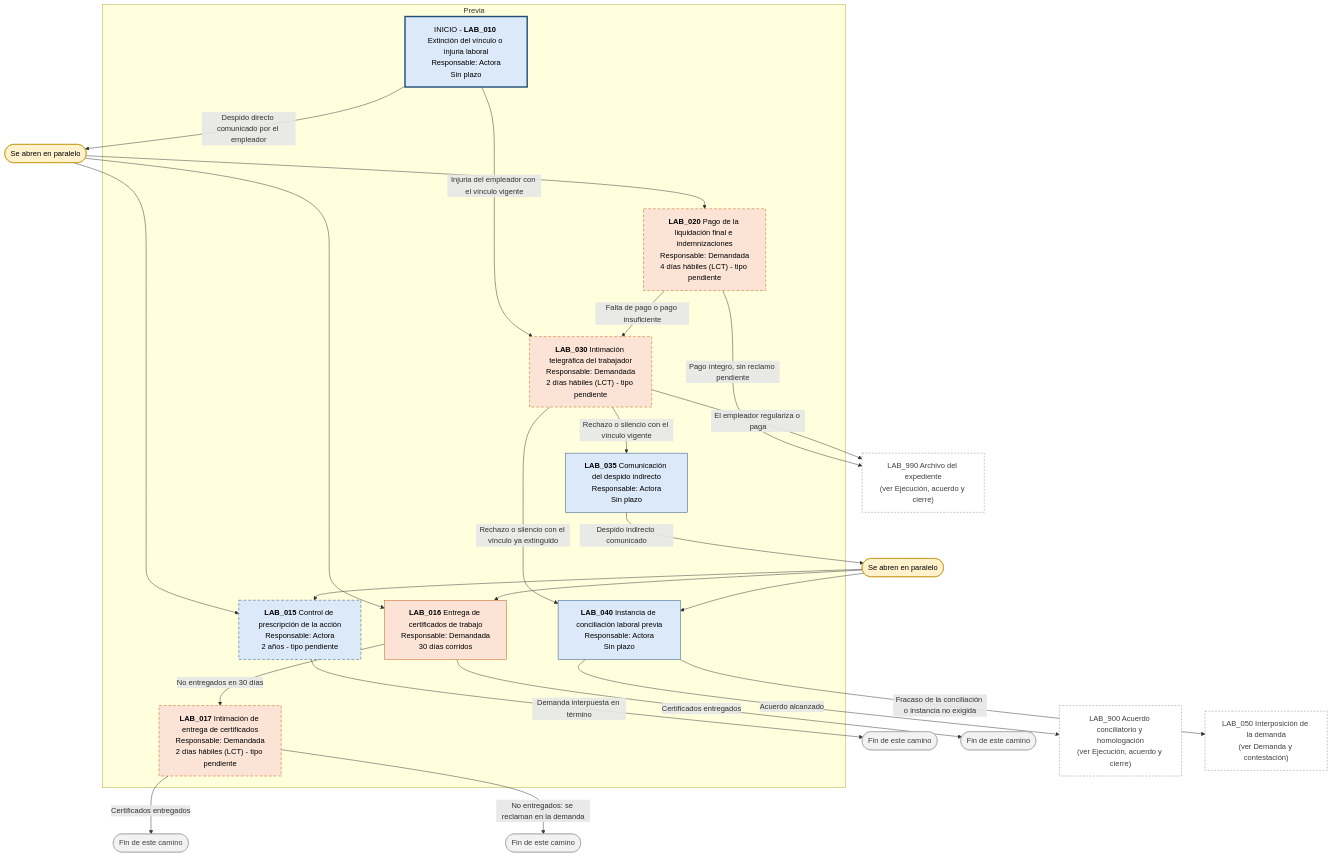
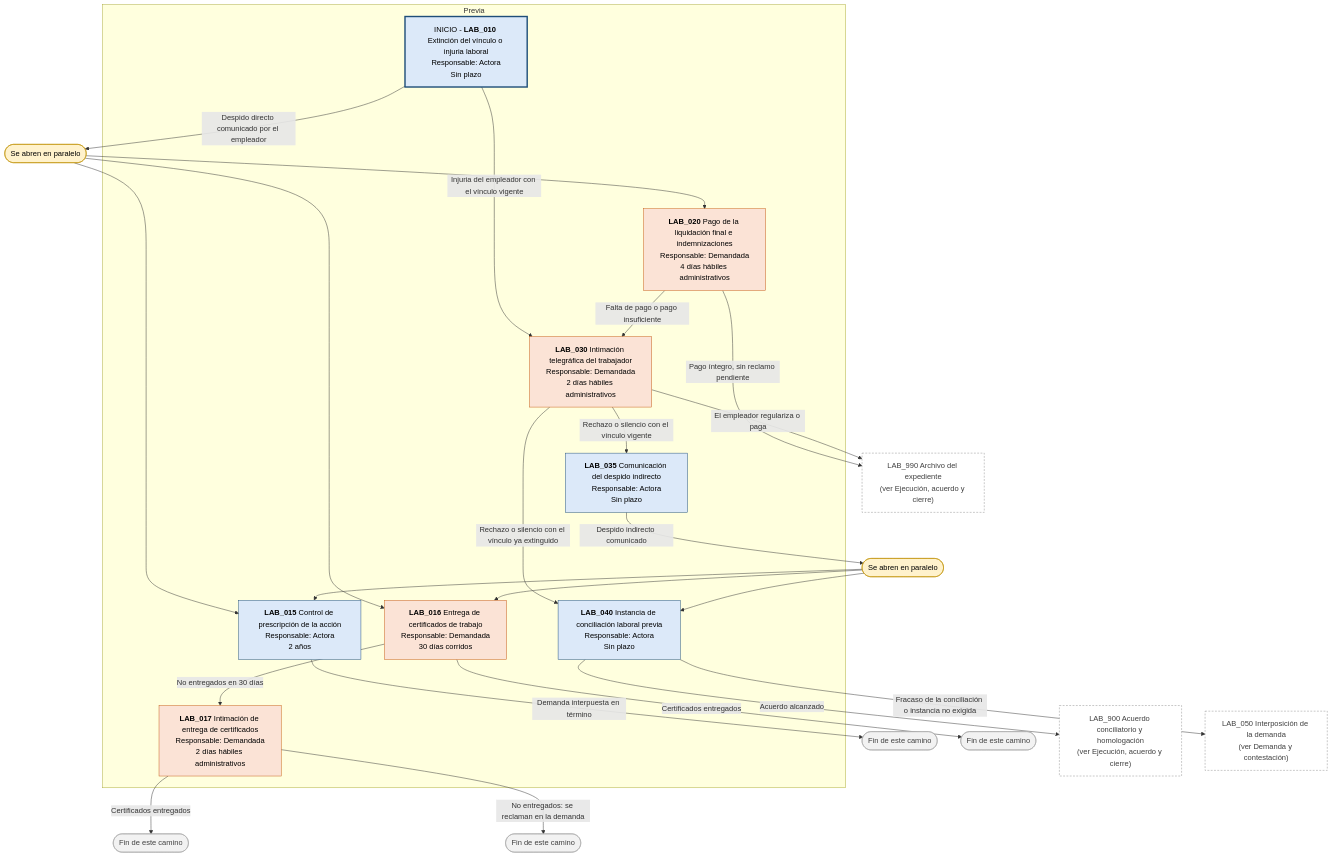
One commit to GerardoSantamaria/doc-legal-practice-management-guide changed the second of 6 diagrams in diagrama_flujo_laboral_pba_ley_11653.md. Above: the diagram before and after it, drawn with Mermaid. The commit also changed other lines of this file and 25 other files, not shown here.

Commit message:
Cierra decisiones pendientes de producto, arquitectura y cumplimiento; agrega el backlog de historias de usuario y el modelado de amenazas; y actualiza el motor de plazos, la UI/UX, la matriz y el diagrama del flujo laboral.

````diff
--- a/diagrama_flujo_laboral_pba_ley_11653.md
+++ b/diagrama_flujo_laboral_pba_ley_11653.md
@@ -52,55 +51,51 @@
 ```mermaid
 flowchart TD
   subgraph F_0["Previa"]
     LAB_010["INICIO - <b>LAB_010</b> Extinción del vínculo o injuria laboral<br/>Responsable: Actora<br/>Sin plazo"]:::actora
-    LAB_015["<b>LAB_015</b> Control de prescripción de la acción<br/>Responsable: Actora<br/>2 años - tipo pendiente"]:::actora
+    LAB_015["<b>LAB_015</b> Control de prescripción de la acción<br/>Responsable: Actora<br/>2 años"]:::actora
     LAB_016["<b>LAB_016</b> Entrega de certificados de trabajo<br/>Responsable: Demandada<br/>30 días corridos"]:::demandada
-    LAB_017["<b>LAB_017</b> Intimación de entrega de certificados<br/>Responsable: Demandada<br/>2 días hábiles (LCT) - tipo pendiente"]:::demandada
-    LAB_020["<b>LAB_020</b> Pago de la liquidación final e indemnizaciones<br/>Responsable: Demandada<br/>4 días hábiles (LCT) - tipo pendiente"]:::demandada
-    LAB_030["<b>LAB_030</b> Intimación telegráfica del trabajador<br/>Responsable: Demandada<br/>2 días hábiles (LCT) - tipo pendiente"]:::demandada
+    LAB_017["<b>LAB_017</b> Intimación de entrega de certificados<br/>Responsable: Demandada<br/>2 días hábiles administrativos"]:::demandada
+    LAB_020["<b>LAB_020</b> Pago de la liquidación final e indemnizaciones<br/>Responsable: Demandada<br/>4 días hábiles administrativos"]:::demandada
+    LAB_030["<b>LAB_030</b> Intimación telegráfica del trabajador<br/>Responsable: Demandada<br/>2 días hábiles administrativos"]:::demandada
     LAB_035["<b>LAB_035</b> Comunicación del despido indirecto<br/>Responsable: Actora<br/>Sin plazo"]:::actora
     LAB_040["<b>LAB_040</b> Instancia de conciliación laboral previa<br/>Responsable: Actora<br/>Sin plazo"]:::actora
   end
   P_LAB_010_1(["Se abren en paralelo"]):::paralelo
   LAB_010 -->|"Despido directo comunicado por el empleador"| P_LAB_010_1
   P_LAB_010_1 --> LAB_015
   P_LAB_010_1 --> LAB_016
   P_LAB_010_1 --> LAB_020
   LAB_010 -->|"Injuria del empleador con el vínculo vigente"| LAB_030
   FIN_LAB_015_1(["Fin de este camino"]):::fin
   LAB_015 -->|"Demanda interpuesta en término"| FIN_LAB_015_1
   FIN_LAB_016_1(["Fin de este camino"]):::fin
   LAB_016 -->|"Certificados entregados"| FIN_LAB_016_1
   LAB_016 -->|"No entregados en 30 días"| LAB_017
   FIN_LAB_017_1(["Fin de este camino"]):::fin
   LAB_017 -->|"Certificados entregados"| FIN_LAB_017_1
   FIN_LAB_017_2(["Fin de este camino"]):::fin
   LAB_017 -->|"No entregados: se reclaman en la demanda"| FIN_LAB_017_2
   EXT_LAB_990_destino["LAB_990 Archivo del expediente<br/>(ver Ejecución, acuerdo y cierre)"]:::externo
   LAB_020 -->|"Pago íntegro, sin reclamo pendiente"| EXT_LAB_990_destino
   LAB_020 -->|"Falta de pago o pago insuficiente"| LAB_030
   LAB_030 -->|"El empleador regulariza o paga"| EXT_LAB_990_destino
   LAB_030 -->|"Rechazo o silencio con el vínculo vigente"| LAB_035
   LAB_030 -->|"Rechazo o silencio con el vínculo ya extinguido"| LAB_040
   P_LAB_035_1(["Se abren en paralelo"]):::paralelo
   LAB_035 -->|"Despido indirecto comunicado"| P_LAB_035_1
   P_LAB_035_1 --> LAB_015
   P_LAB_035_1 --> LAB_016
   P_LAB_035_1 --> LAB_040
   EXT_LAB_900_destino["LAB_900 Acuerdo conciliatorio y homologación<br/>(ver Ejecución, acuerdo y cierre)"]:::externo
   LAB_040 -->|"Acuerdo alcanzado"| EXT_LAB_900_destino
   EXT_LAB_050_destino["LAB_050 Interposición de la demanda<br/>(ver Demanda y contestación)"]:::externo
   LAB_040 -->|"Fracaso de la conciliación o instancia no exigida"| EXT_LAB_050_destino
   style LAB_010 stroke-width:3px
-  style LAB_015 stroke-dasharray:6 4
-  style LAB_017 stroke-dasharray:6 4
-  style LAB_020 stroke-dasharray:6 4
-  style LAB_030 stroke-dasharray:6 4
   classDef actora fill:#DCE9F9,stroke:#1F4E79,color:#000
   classDef demandada fill:#FBE3D6,stroke:#C55A11,color:#000
   classDef tribunal fill:#E7E6E6,stroke:#595959,color:#000
   classDef ambas fill:#E9DDF5,stroke:#7030A0,color:#000
   classDef externo fill:#FFFFFF,stroke:#8C8C8C,color:#404040,stroke-dasharray:4 3
   classDef paralelo fill:#FFF2CC,stroke:#BF9000,color:#000
   classDef fin fill:#F2F2F2,stroke:#A6A6A6,color:#404040
 ```
````
